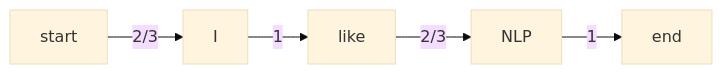
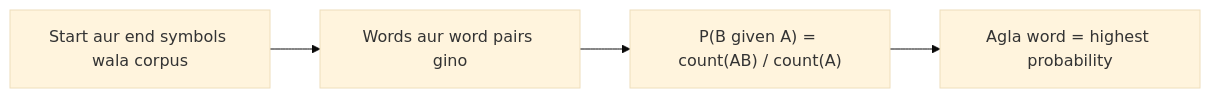
The diagram in content/natural-language-processing/pyq/2024-12-ce/q4b.hi.mdx (TrendySloth1001/sem-seven-notes), drawn with Mermaid (base theme) before and after one commit. The commit also changed other lines of this file and 406 other files, not shown here.

````diff
--- a/content/natural-language-processing/pyq/2024-12-ce/q4b.hi.mdx
+++ b/content/natural-language-processing/pyq/2024-12-ce/q4b.hi.mdx
@@ -62,8 +17,7 @@
 ```mermaid
-%% caption: Bigram model ek-ek word aage badhta hai; har arrow P(next word given current word) leta hai.
+%% caption: N-gram language model kaise predict karta hai: corpus mein word pairs gino, counts ko probabilities mein badlo, sabse probable agla word chuno.
 flowchart LR
-  S["start"] -->|"2/3"| I["I"]
-  I -->|"1"| L["like"]
-  L -->|"2/3"| N["NLP"]
-  N -->|"1"| E["end"]
+  A["Start aur end symbols wala corpus"] --> B["Words aur word pairs gino"]
+  B --> C["P(B given A) = count(AB) / count(A)"]
+  C --> D["Agla word = highest probability"]
 ```
````
